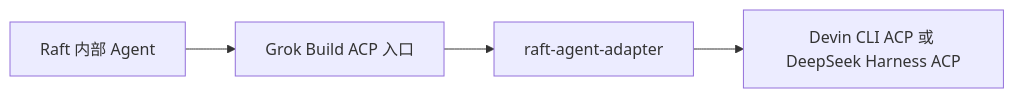
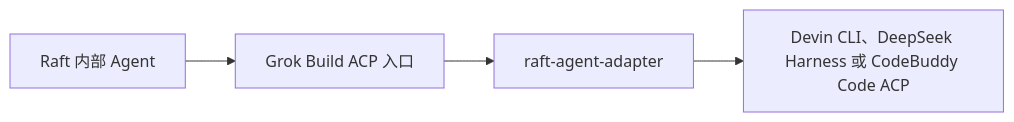
Before and after one commit to CST18057/raft-agent-adapter: the diagram in README.zh-CN.md, drawn with Mermaid. The commit also changed other lines of this file and 11 other files, not shown here.

First line of the commit message:
feat: add CodeBuddy Code backend behind the Grok ACP slot

````diff
--- a/README.zh-CN.md
+++ b/README.zh-CN.md
@@ -12,6 +12,6 @@
 ```mermaid
 flowchart LR
     A[Raft 内部 Agent] --> B[Grok Build ACP 入口]
     B --> C[raft-agent-adapter]
-    C --> D[Devin CLI ACP 或 DeepSeek Harness ACP]
+    C --> D[Devin CLI、DeepSeek Harness 或 CodeBuddy Code ACP]
 ```
````
